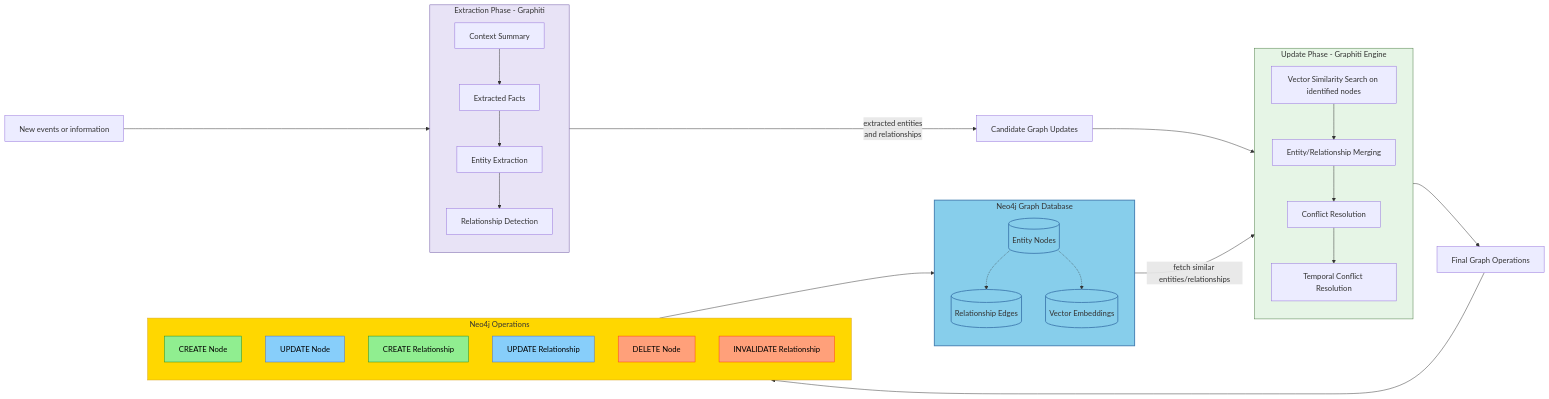
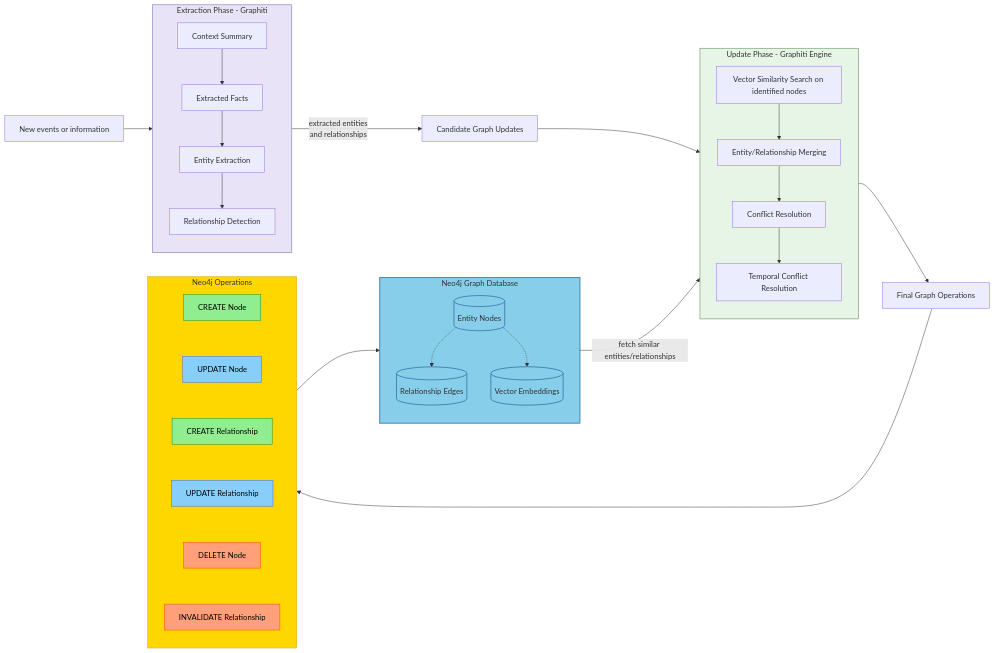
One commit to srwshkrshnn/AgenticMem changed the second of 3 diagrams in video/flowcharts.md. Above: the diagram before and after it, drawn with Mermaid.

Commit message:
Fix formatting for graphiti flowchart

````diff
--- a/video/flowcharts.md
+++ b/video/flowcharts.md
@@ -68,68 +68,69 @@
 ```mermaid
 flowchart LR
     MSG[New events or information]
 
     MSG --> EP
 
     subgraph EP[Extraction Phase - Graphiti]
         SUM[Context Summary]
         FACTS[Extracted Facts]
         ENT[Entity Extraction]
         REL[Relationship Detection]
         SUM --> FACTS --> ENT --> REL
     end
 
     EP -->|extracted entities<br/>and relationships| CAND[Candidate Graph Updates]
 
     CAND --> UP
 
     subgraph UP[Update Phase - Graphiti Engine]
         direction TB
         SEARCH[Vector Similarity Search on identified nodes]
         MERGE[Entity/Relationship Merging]
         CONFLICT[Conflict Resolution]
         TEMPORAL[Temporal Conflict Resolution]
         SEARCH --> MERGE --> CONFLICT --> TEMPORAL
     end
 
     subgraph NEO4J[Neo4j Graph Database]
         NODES[(Entity Nodes)]
         EDGES[(Relationship Edges)]
         VECTORS[(Vector Embeddings)]
         NODES -.-> EDGES
         NODES -.-> VECTORS
     end
 
     NEO4J -->|fetch similar entities/relationships| SEARCH
     TEMPORAL --> FINAL[Final Graph Operations]
     
     FINAL --> NEO4J_OPS
 
     subgraph NEO4J_OPS[Neo4j Operations]
         CREATE_NODE[CREATE Node]
         UPDATE_NODE[UPDATE Node]
         CREATE_REL[CREATE Relationship]
         UPDATE_REL[UPDATE Relationship]
         DELETE_NODE[DELETE Node]
         INVALIDATE_REL[INVALIDATE Relationship]
+        CREATE_NODE~~~UPDATE_NODE~~~CREATE_REL~~~UPDATE_REL~~~DELETE_NODE~~~INVALIDATE_REL
     end
 
     NEO4J_OPS --> NEO4J
 
     classDef store fill:#f9e79f,stroke:#c39c0a,stroke-width:1px;
     classDef phase1 fill:#e8e3f6,stroke:#6c55a3,stroke-width:1px;
     classDef phase2 fill:#e6f5e6,stroke:#4a7a42,stroke-width:1px;
     classDef neo4j fill:#87ceeb,stroke:#4682b4,stroke-width:2px;
     classDef operations fill:#ffd700,stroke:#daa520,stroke-width:1px;
     classDef createOp fill:#90ee90,stroke:#228b22,color:#000;
     classDef updateOp fill:#87cefa,stroke:#4169e1,color:#000;
     classDef deleteOp fill:#ffa07a,stroke:#ff4500,color:#000;
 
     class NEO4J,NODES,EDGES,VECTORS neo4j;
     class EP phase1;
     class UP phase2;
     class NEO4J_OPS operations;
     class CREATE_NODE,CREATE_REL createOp;
     class UPDATE_NODE,UPDATE_REL updateOp;
     class DELETE_NODE,INVALIDATE_REL deleteOp;
 ```
````
